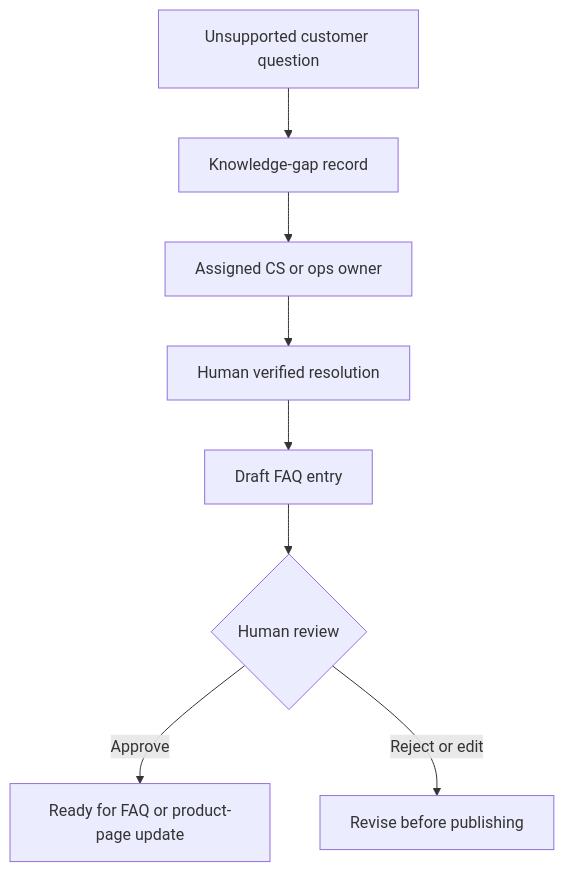
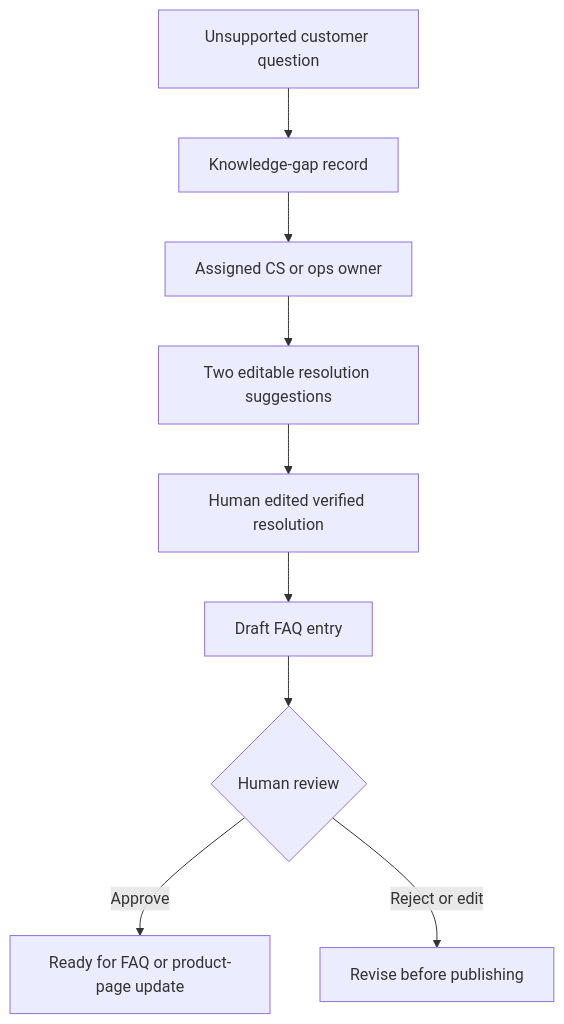
Before and after one commit to Aaryan126/BOLDR_Aaryan: the fifth of 7 diagrams in WORKFLOW_DOCUMENTATION.md, drawn with Mermaid. The commit also changed other lines of this file and 1 other file, not shown here.

````diff
--- a/WORKFLOW_DOCUMENTATION.md
+++ b/WORKFLOW_DOCUMENTATION.md
@@ -172,10 +175,11 @@
 ```mermaid
 flowchart TB
     GapQuestion["Unsupported customer question"] --> GapRecord["Knowledge-gap record"]
     GapRecord --> Owner["Assigned CS or ops owner"]
-    Owner --> Resolution["Human verified resolution"]
+    Owner --> Suggestions["Two editable resolution suggestions"]
+    Suggestions --> Resolution["Human edited verified resolution"]
     Resolution --> FAQDraft["Draft FAQ entry"]
     FAQDraft --> Review{"Human review"}
     Review -->|"Approve"| PublishReady["Ready for FAQ or product-page update"]
     Review -->|"Reject or edit"| Revise["Revise before publishing"]
 ```
````
